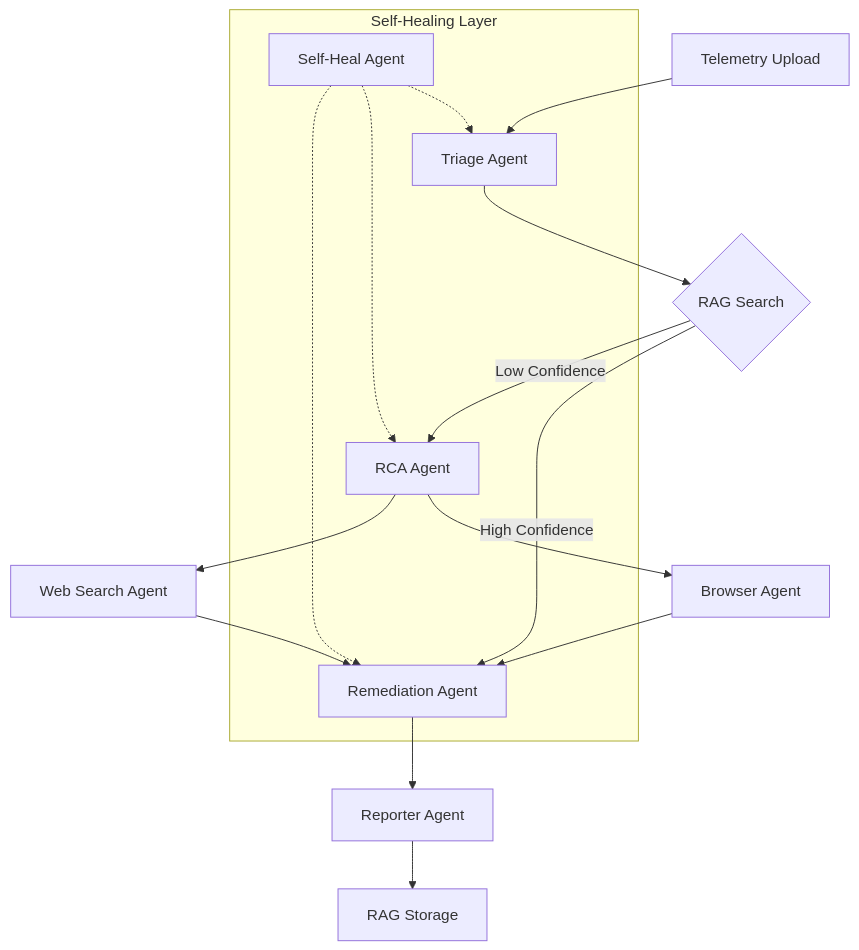
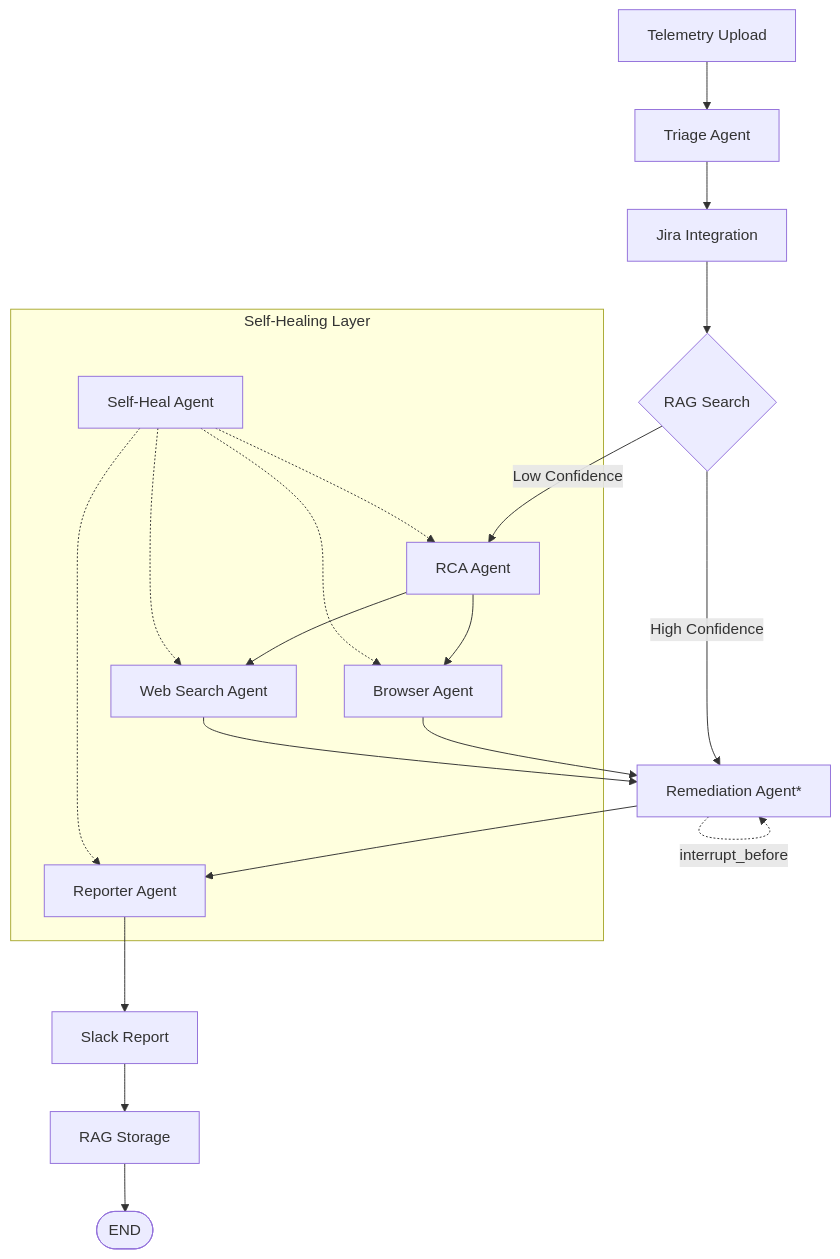
One commit to ashishranade89/AegisOps changed the diagram in docs/WORKFLOW.md. Above: the diagram before and after it, drawn with Mermaid. The commit also changed other lines of this file and 10 other files, not shown here.

First line of the commit message:
feat: Jira/Slack Bot improvements, monitors docs, and frontend API updates

````diff
--- a/docs/WORKFLOW.md
+++ b/docs/WORKFLOW.md
@@ -115,19 +136,25 @@
 ```mermaid
 graph TD
     A[Telemetry Upload] --> B[Triage Agent]
-    B --> C{RAG Search}
-    C -- High Confidence --> G[Remediation Agent]
+    B --> J2[Jira Integration]
+    J2 --> C{RAG Search}
+    C -- High Confidence --> G[Remediation Agent*]
     C -- Low Confidence --> D[RCA Agent]
     D --> E[Browser Agent]
     D --> F[Web Search Agent]
     E --> G
     F --> G
     G --> H[Reporter Agent]
-    H --> I[RAG Storage]
-    
+    H --> SR[Slack Report]
+    SR --> I[RAG Storage]
+    I --> Z([END])
+
     subgraph "Self-Healing Layer"
-    J[Self-Heal Agent] -.-> B
-    J -.-> D
-    J -.-> G
+    J[Self-Heal Agent] -.-> D
+    J -.-> E
+    J -.-> F
+    J -.-> H
     end
+
+    G -. interrupt_before .-> G
 ```
````
